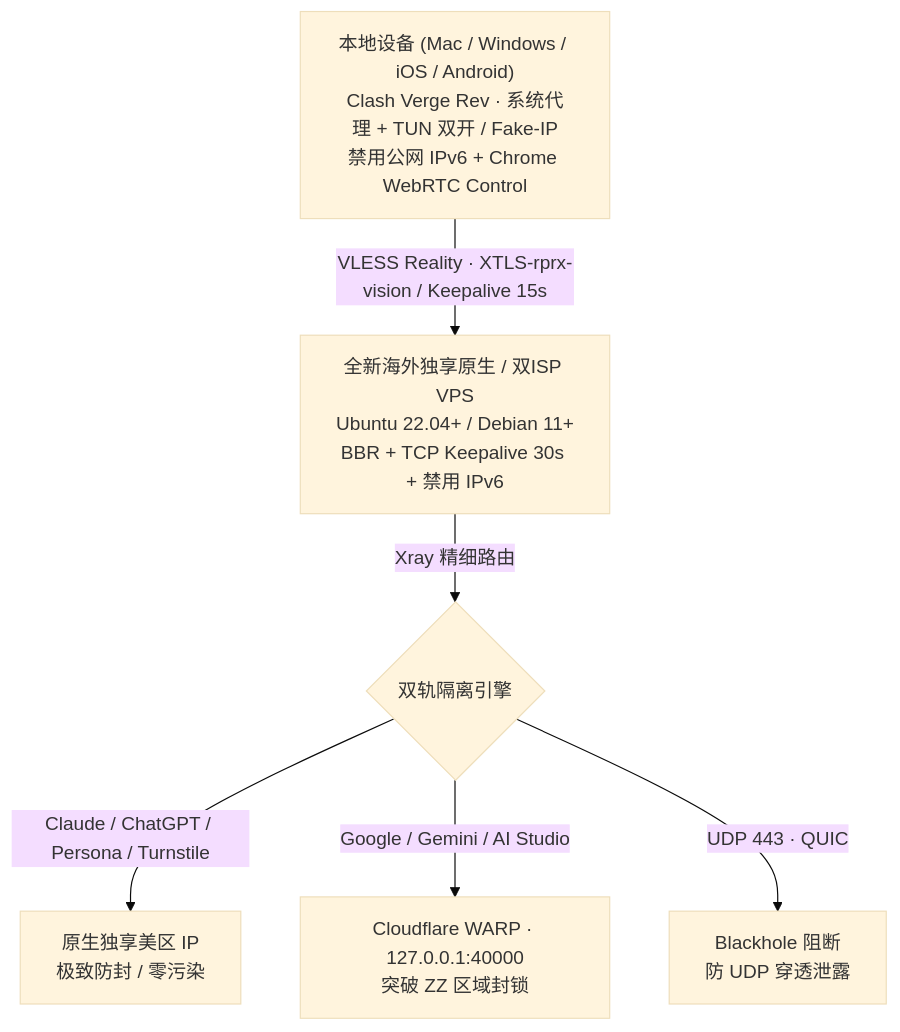
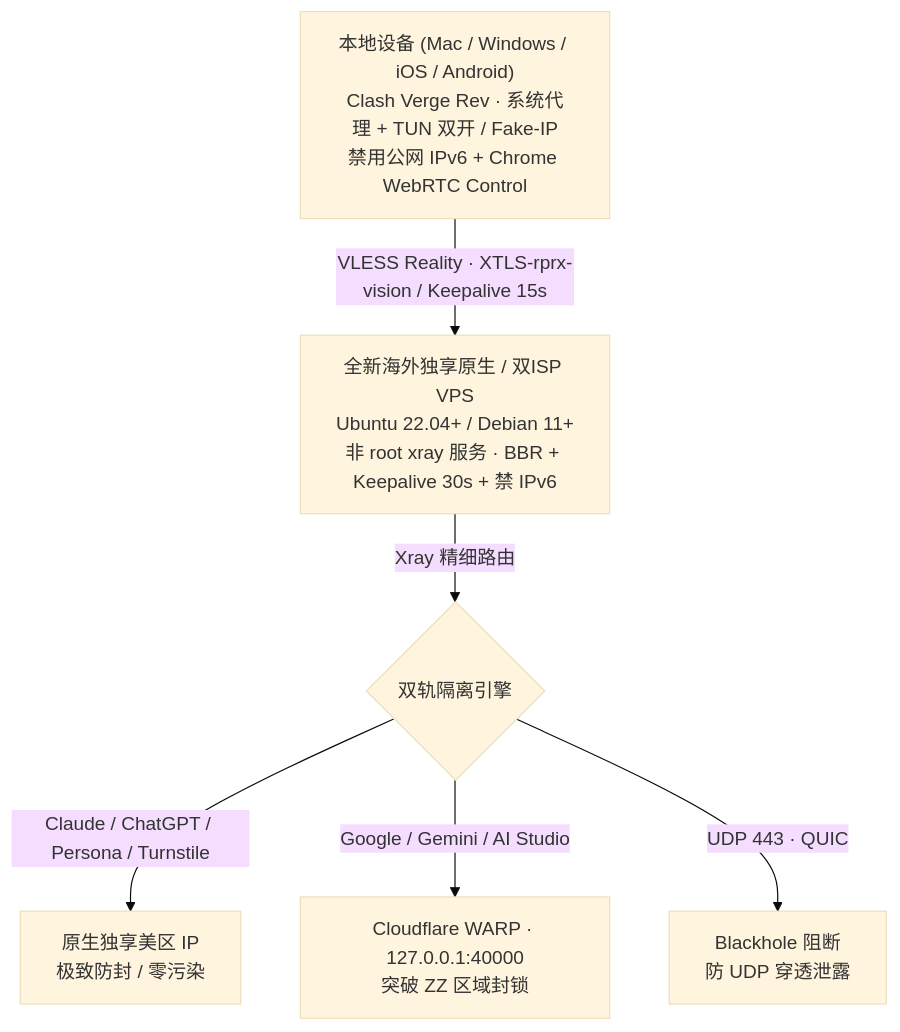
Before and after one commit to BigDataScholar/claude-antiban-network: the diagram in SKILL.md, drawn with Mermaid (base theme). The commit also changed other lines of this file and 4 other files, not shown here.

````diff
--- a/SKILL.md
+++ b/SKILL.md
@@ -31,9 +33,9 @@
 ```mermaid
 flowchart TD
-    Client["本地设备 (Mac / Windows / iOS / Android)<br/>Clash Verge Rev · 系统代理 + TUN 双开 / Fake-IP<br/>禁用公网 IPv6 + Chrome WebRTC Control"] -->|"VLESS Reality · XTLS-rprx-vision / Keepalive 15s"| VPS["全新海外独享原生 / 双ISP VPS<br/>Ubuntu 22.04+ / Debian 11+<br/>BBR + TCP Keepalive 30s + 禁用 IPv6"]
+    Client["本地设备 (Mac / Windows / iOS / Android)<br/>Clash Verge Rev · 系统代理 + TUN 双开 / Fake-IP<br/>禁用公网 IPv6 + Chrome WebRTC Control"] -->|"VLESS Reality · XTLS-rprx-vision / Keepalive 15s"| VPS["全新海外独享原生 / 双ISP VPS<br/>Ubuntu 22.04+ / Debian 11+<br/>非 root xray 服务 · BBR + Keepalive 30s + 禁 IPv6"]
 
     VPS -->|"Xray 精细路由"| Router{"双轨隔离引擎"}
     Router -->|"Claude / ChatGPT / Persona / Turnstile"| Direct["原生独享美区 IP<br/>极致防封 / 零污染"]
     Router -->|"Google / Gemini / AI Studio"| WARP["Cloudflare WARP · 127.0.0.1:40000<br/>突破 ZZ 区域封锁"]
     Router -->|"UDP 443 · QUIC"| Block["Blackhole 阻断<br/>防 UDP 穿透泄露"]
 ```
````
